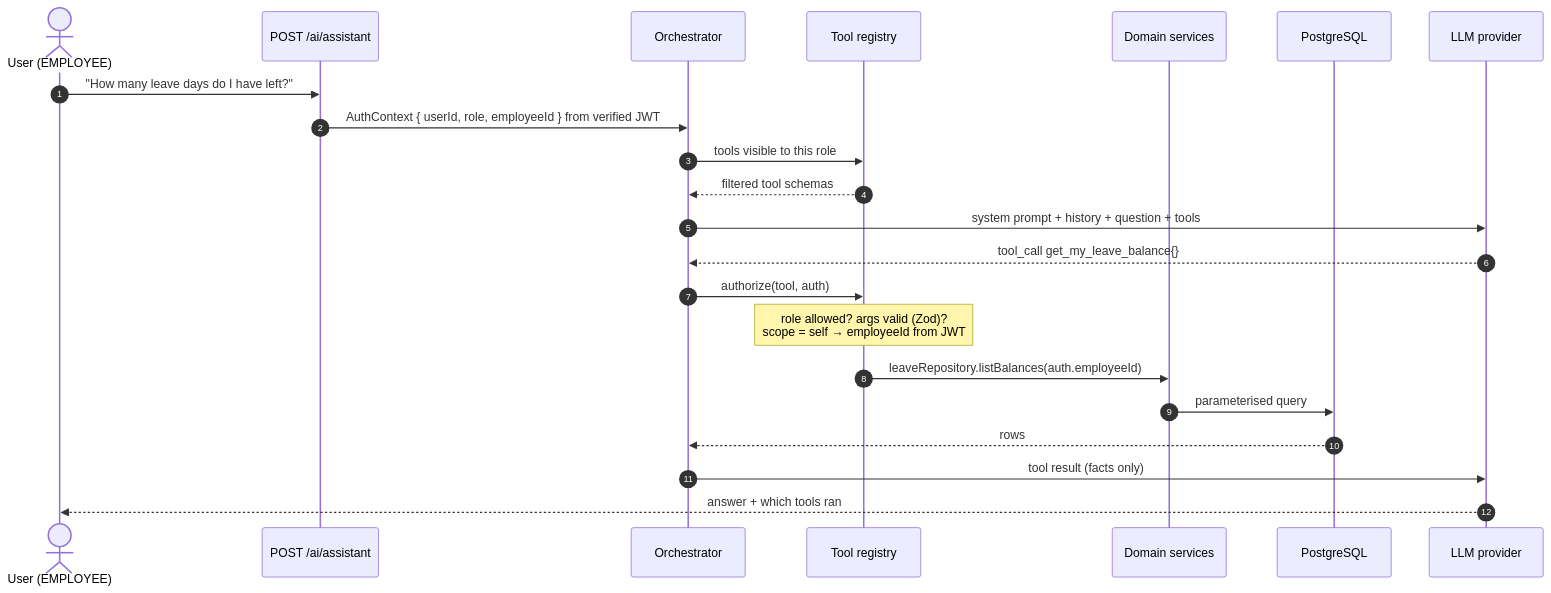
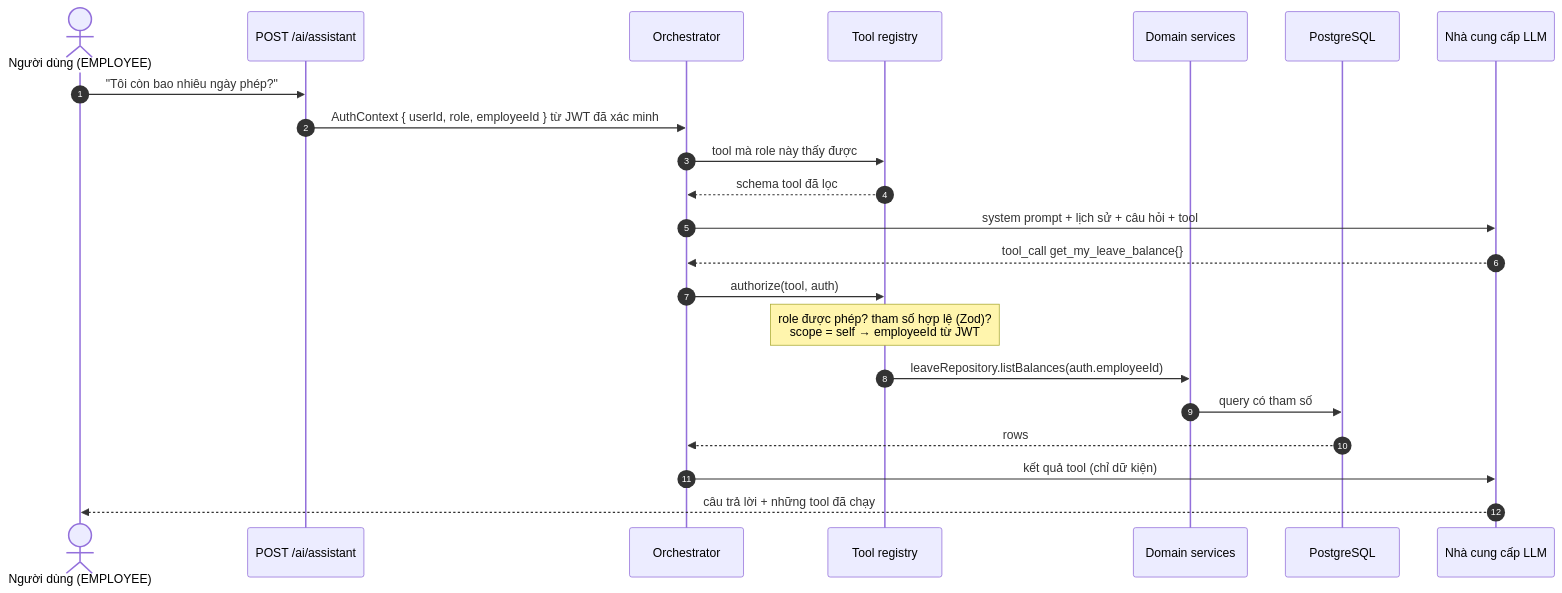
Before and after one commit to tridinh288/AI-HRM: the fourth of 4 diagrams in README.md, drawn with Mermaid. The commit also changed other lines of this file and 1 other file, not shown here.

````diff
--- a/README.md
+++ b/README.md
@@ -245,25 +235,25 @@
 ```mermaid
 sequenceDiagram
     autonumber
-    actor U as User (EMPLOYEE)
+    actor U as Người dùng (EMPLOYEE)
     participant API as POST /ai/assistant
     participant ORCH as Orchestrator
     participant REG as Tool registry
     participant SVC as Domain services
     participant DB as PostgreSQL
-    participant LLM as LLM provider
+    participant LLM as Nhà cung cấp LLM
 
-    U->>API: "How many leave days do I have left?"
-    API->>ORCH: AuthContext { userId, role, employeeId } from verified JWT
-    ORCH->>REG: tools visible to this role
-    REG-->>ORCH: filtered tool schemas
-    ORCH->>LLM: system prompt + history + question + tools
+    U->>API: "Tôi còn bao nhiêu ngày phép?"
+    API->>ORCH: AuthContext { userId, role, employeeId } từ JWT đã xác minh
+    ORCH->>REG: tool mà role này thấy được
+    REG-->>ORCH: schema tool đã lọc
+    ORCH->>LLM: system prompt + lịch sử + câu hỏi + tool
     LLM-->>ORCH: tool_call get_my_leave_balance{}
     ORCH->>REG: authorize(tool, auth)
-    Note over REG: role allowed? args valid (Zod)?<br/>scope = self → employeeId from JWT
+    Note over REG: role được phép? tham số hợp lệ (Zod)?<br/>scope = self → employeeId từ JWT
     REG->>SVC: leaveRepository.listBalances(auth.employeeId)
-    SVC->>DB: parameterised query
+    SVC->>DB: query có tham số
     DB-->>ORCH: rows
-    ORCH->>LLM: tool result (facts only)
-    LLM-->>U: answer + which tools ran
+    ORCH->>LLM: kết quả tool (chỉ dữ kiện)
+    LLM-->>U: câu trả lời + những tool đã chạy
 ```
````
